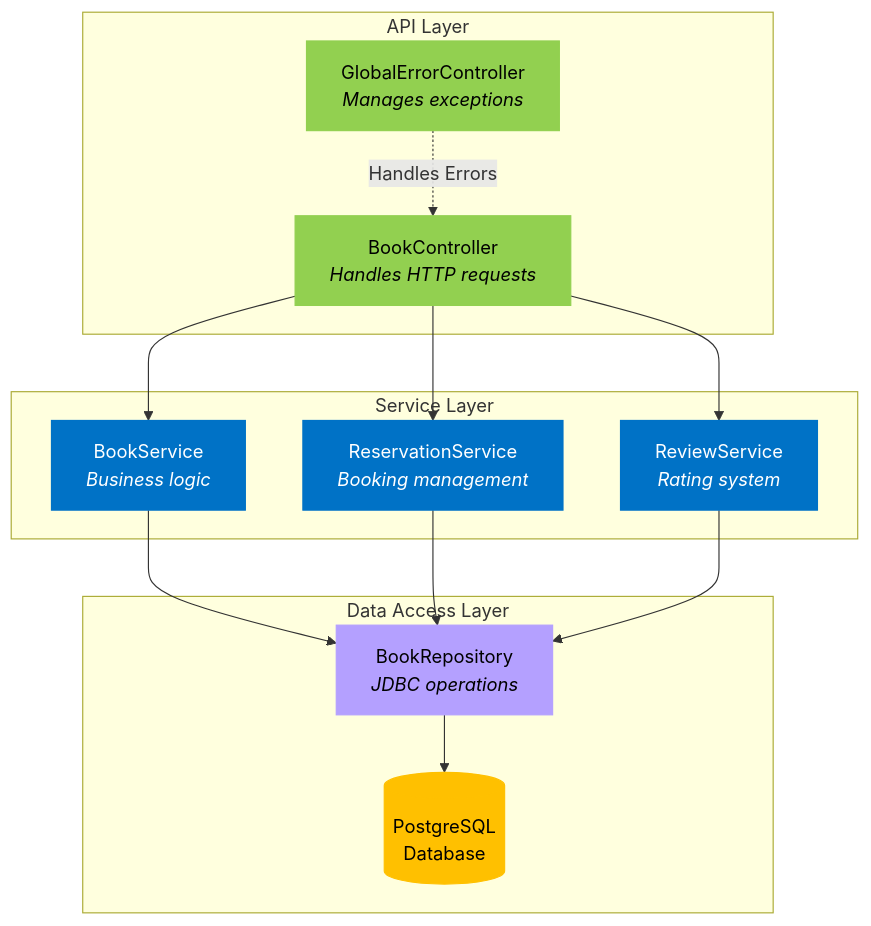
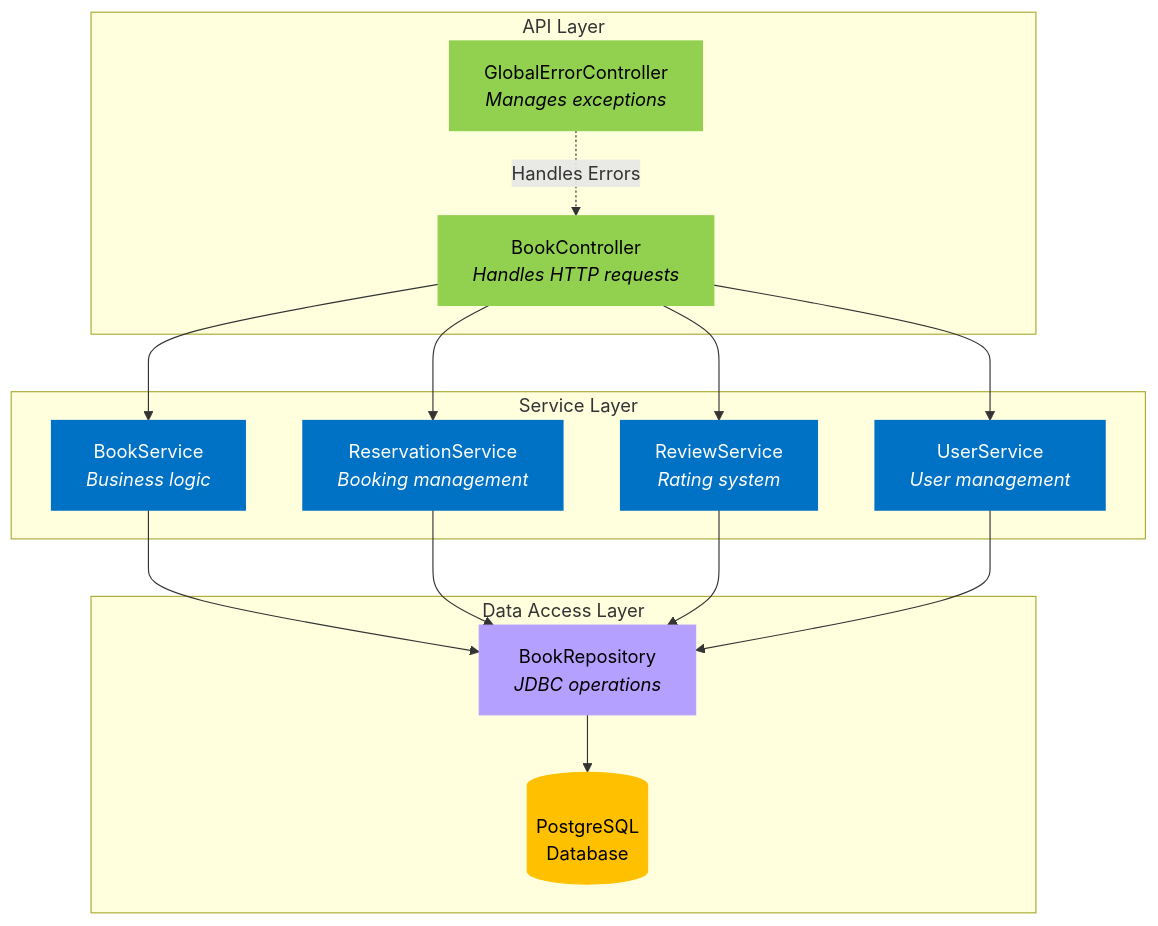
The first of 3 diagrams in README.md (0bvim/ximple-online-library-system), drawn with Mermaid before and after one commit. The commit also changed other lines of this file, not shown here.

Commit message:
docs: update README with architecture overview and infrastructure details

````diff
--- a/README.md
+++ b/README.md
@@ -3,32 +5,35 @@
 ```mermaid
 flowchart TD
     classDef api fill:#92D050,color:#000,stroke:#92D050
     classDef service fill:#0072C6,color:#fff,stroke:#0072C6
     classDef data fill:#B4A0FF,color:#000,stroke:#B4A0FF
     classDef infra fill:#FFC000,color:#000,stroke:#FFC000
 
     subgraph API["API Layer"]
         Controller[BookController<br/><i>Handles HTTP requests</i>]:::api
         Error[GlobalErrorController<br/><i>Manages exceptions</i>]:::api
     end
 
     subgraph Service["Service Layer"]
         BookSvc[BookService<br/><i>Business logic</i>]:::service
         ReservationSvc[ReservationService<br/><i>Booking management</i>]:::service
         ReviewSvc[ReviewService<br/><i>Rating system</i>]:::service
+        UserSvc[UserService<br/><i>User management</i>]:::service
     end
 
     subgraph Data["Data Access Layer"]
         Repo[BookRepository<br/><i>JDBC operations</i>]:::data
         DB[(PostgreSQL<br/>Database)]:::infra
     end
 
     Controller --> BookSvc
     Controller --> ReservationSvc
     Controller --> ReviewSvc
+    Controller --> UserSvc
     Error -.->|Handles Errors| Controller
     BookSvc --> Repo
     ReservationSvc --> Repo
     ReviewSvc --> Repo
+    UserSvc --> Repo
     Repo --> DB
 ```
````
